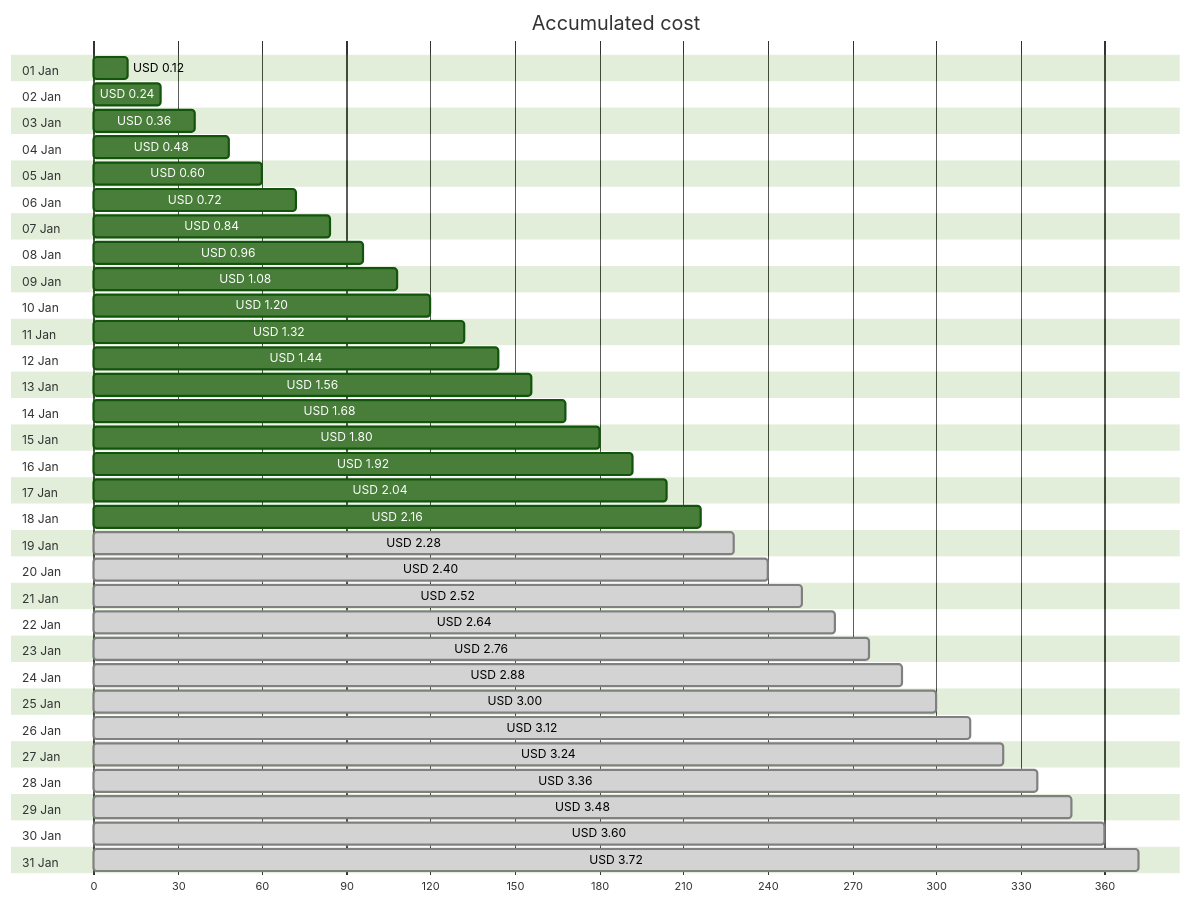
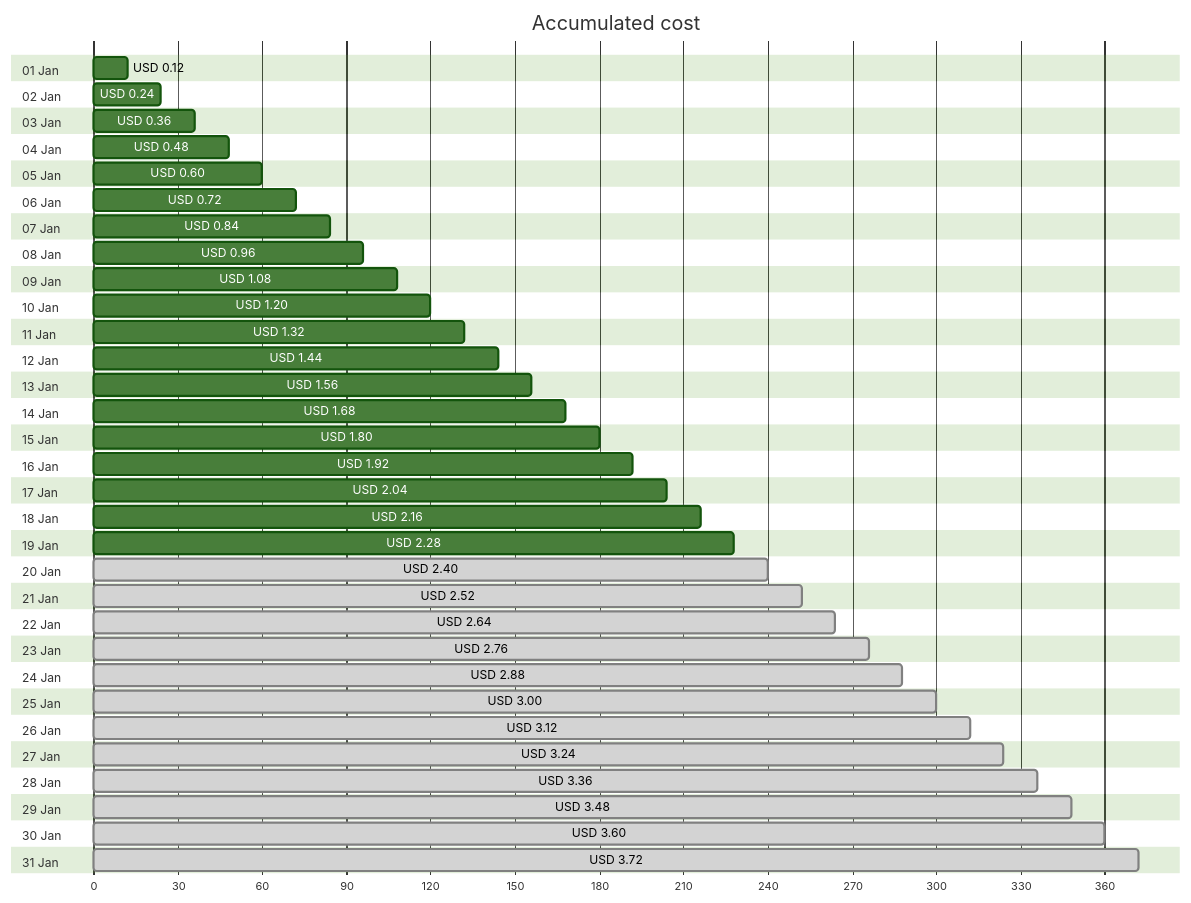
The first of 4 diagrams in cost-reports/personal-network/backup-server-public-ip.md (jpfulton/azure-personal-reports), drawn with Mermaid (forest theme) before and after one commit. The commit also changed other lines of this file and 7 other files, not shown here.

````diff
--- a/cost-reports/personal-network/backup-server-public-ip.md
+++ b/cost-reports/personal-network/backup-server-public-ip.md
@@ -20,68 +20,68 @@
 ```mermaid
 gantt
    title Accumulated cost
    dateFormat  X
    axisFormat %s
    section 01 Jan
    USD 0.12 :0, 12
    section 02 Jan
    USD 0.24 :0, 24
    section 03 Jan
    USD 0.36 :0, 36
    section 04 Jan
    USD 0.48 :0, 48
    section 05 Jan
    USD 0.60 :0, 60
    section 06 Jan
    USD 0.72 :0, 72
    section 07 Jan
    USD 0.84 :0, 84
    section 08 Jan
    USD 0.96 :0, 96
    section 09 Jan
    USD 1.08 :0, 108
    section 10 Jan
    USD 1.20 :0, 120
    section 11 Jan
    USD 1.32 :0, 132
    section 12 Jan
    USD 1.44 :0, 144
    section 13 Jan
    USD 1.56 :0, 156
    section 14 Jan
    USD 1.68 :0, 168
    section 15 Jan
    USD 1.80 :0, 180
    section 16 Jan
    USD 1.92 :0, 192
    section 17 Jan
    USD 2.04 :0, 204
    section 18 Jan
    USD 2.16 :0, 216
    section 19 Jan
-   USD 2.28 : done, 0, 228
+   USD 2.28 :0, 228
    section 20 Jan
    USD 2.40 : done, 0, 240
    section 21 Jan
    USD 2.52 : done, 0, 252
    section 22 Jan
    USD 2.64 : done, 0, 264
    section 23 Jan
    USD 2.76 : done, 0, 276
    section 24 Jan
    USD 2.88 : done, 0, 288
    section 25 Jan
    USD 3.00 : done, 0, 300
    section 26 Jan
    USD 3.12 : done, 0, 312
    section 27 Jan
    USD 3.24 : done, 0, 324
    section 28 Jan
    USD 3.36 : done, 0, 336
    section 29 Jan
    USD 3.48 : done, 0, 348
    section 30 Jan
    USD 3.60 : done, 0, 360
    section 31 Jan
    USD 3.72 : done, 0, 372
 ```
````
